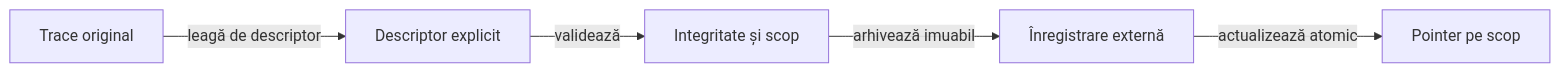
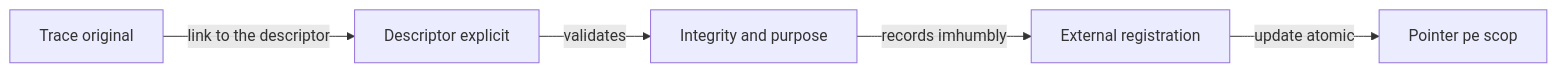
The diagram in docs/reporting/ATF_Handoff.md (crististefanita/atf_j4), drawn with Mermaid before and after one commit. The commit also changed other lines of this file and 122 other files, not shown here.

````diff
--- a/docs/reporting/ATF_Handoff.md
+++ b/docs/reporting/ATF_Handoff.md
@@ -9,7 +9,7 @@
 ```mermaid
 flowchart LR
-    TRACE[Trace original] -->|leagă de descriptor| DESC[Descriptor explicit]
-    DESC -->|validează| CHECK[Integritate și scop]
-    CHECK -->|arhivează imuabil| ARCH[Înregistrare externă]
-    ARCH -->|actualizează atomic| POINTER[Pointer pe scop]
+    TRACE[Trace original] -->|link to the descriptor| DESC[Descriptor explicit]
+    DESC -->|validates| CHECK[Integrity and purpose]
+    CHECK -->|records imhumbly| ARCH[External registration]
+    ARCH -->|update atomic| POINTER[Pointer pe scop]
 ```
````
